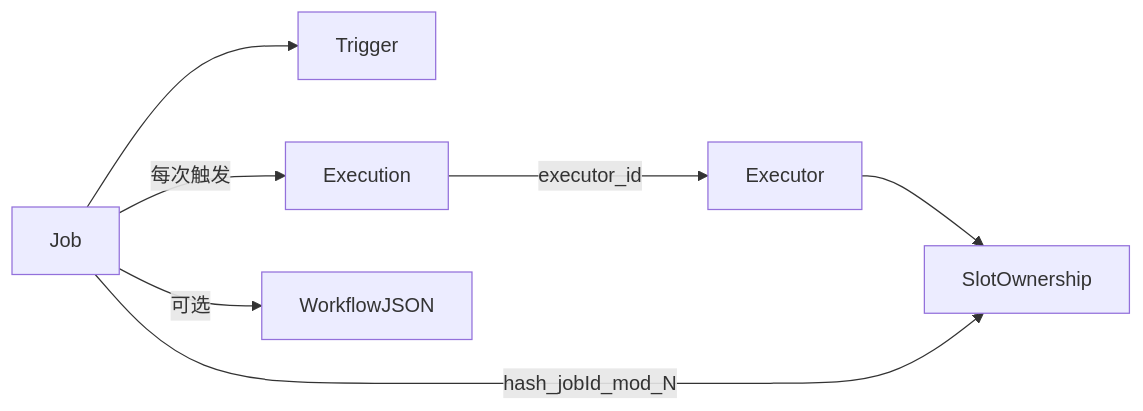
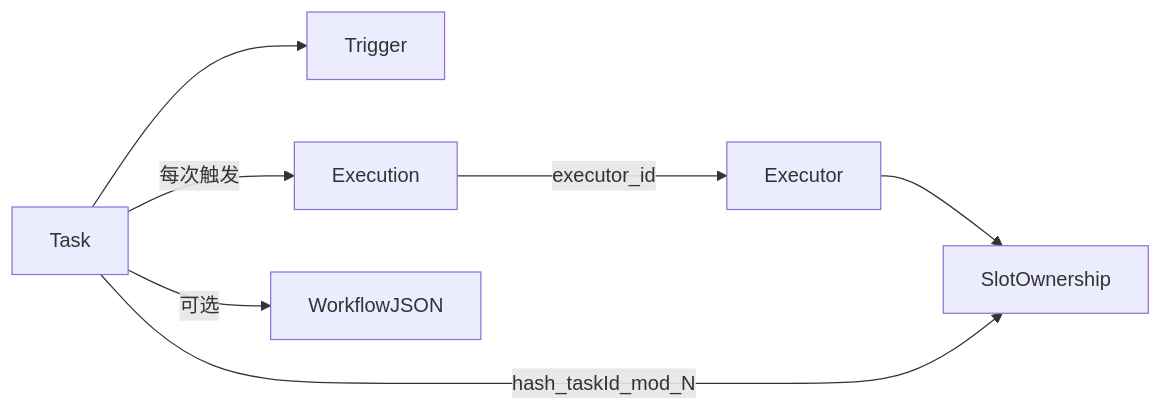
Before and after one commit to little-eight-china/taskx: the diagram in docs/03-domain-model.md, drawn with Mermaid. The commit also changed other lines of this file and 8 other files, not shown here.

````diff
--- a/docs/03-domain-model.md
+++ b/docs/03-domain-model.md
@@ -5,16 +5,16 @@
 ```mermaid
 flowchart LR
   ExecutorReg[Executor]
   SlotOwner[SlotOwnership]
-  Job[Job]
+  Task[Task]
   Trigger[Trigger]
   Execution[Execution]
   WfJson[WorkflowJSON]
 
   ExecutorReg --> SlotOwner
-  Job --> Trigger
-  Job -->|hash_jobId_mod_N| SlotOwner
-  Job -->|每次触发| Execution
+  Task --> Trigger
+  Task -->|hash_taskId_mod_N| SlotOwner
+  Task -->|每次触发| Execution
   Execution -->|executor_id| ExecutorReg
-  Job -->|可选| WfJson
+  Task -->|可选| WfJson
 ```
````
